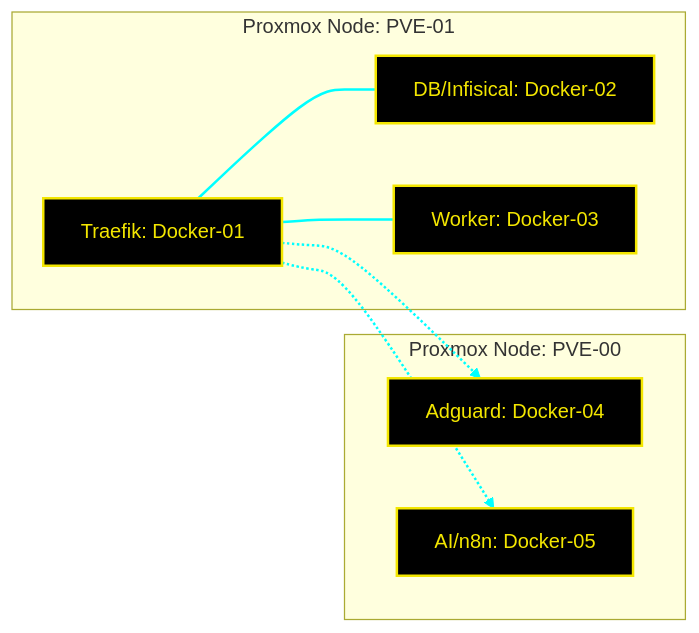
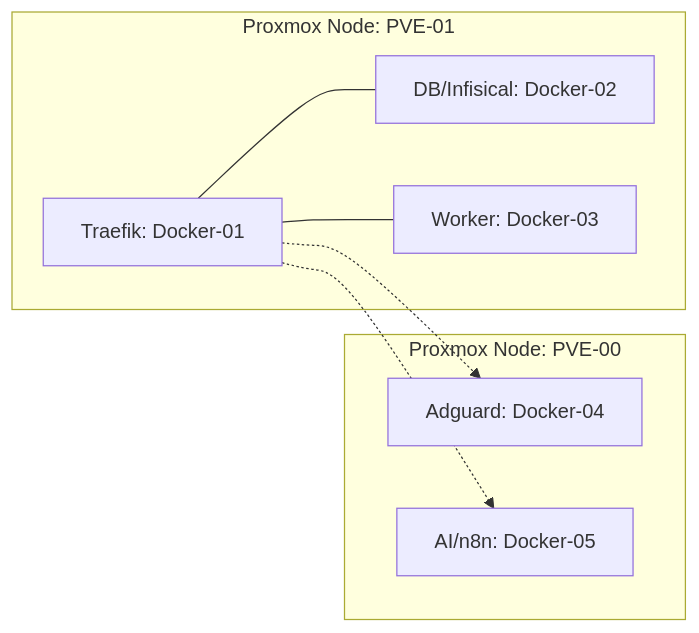
One commit to EncryptedFunk/EncryptedFunk.github.io changed the diagram in docs/infrastructure/hardware.md. Above: the diagram before and after it, drawn with Mermaid. The commit also changed 1 other file, not shown here.

Commit message:
Refactor Mermaid diagram styles in hardware.md and extra.css for improved clarity and consistency

````diff
--- a/docs/infrastructure/hardware.md
+++ b/docs/infrastructure/hardware.md
@@ -3,21 +3,18 @@
 ```mermaid
 graph LR
-    subgraph PVE00 ["Proxmox Node: PVE-00"]
-        D04[Adguard: Docker-04]:::yellowNode
-        D05[AI/n8n: Docker-05]:::yellowNode
+    subgraph PVE00 [Proxmox Node: PVE-00]
+        D04[Adguard: Docker-04]
+        D05[AI/n8n: Docker-05]
     end
 
-    subgraph PVE01 ["Proxmox Node: PVE-01"]
-        D01[Traefik: Docker-01]:::yellowNode
-        D02[DB/Infisical: Docker-02]:::yellowNode
-        D03[Worker: Docker-03]:::yellowNode
+    subgraph PVE01 [Proxmox Node: PVE-01]
+        D01[Traefik: Docker-01]
+        D02[DB/Infisical: Docker-02]
+        D03[Worker: Docker-03]
     end
 
     D01 -.-> D04
     D01 -.-> D05
     D01 --- D02
     D01 --- D03
-
-    classDef yellowNode fill:#000,stroke:#f3e600,stroke-width:2px,color:#f3e600;
-    linkStyle default stroke:#00ffff,stroke-width:2px;
 ```
````
